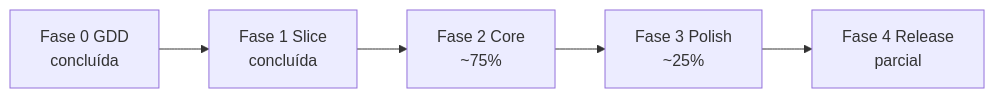
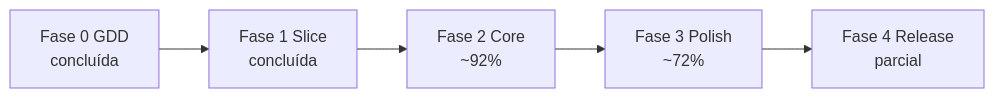
One commit to lochesystem/snaredusk changed the diagram in docs/ROADMAP.md. Above: the diagram before and after it, drawn with Mermaid. The commit also changed other lines of this file and 4 other files, not shown here.

````diff
--- a/docs/ROADMAP.md
+++ b/docs/ROADMAP.md
@@ -9,7 +9,7 @@
 ```mermaid
 flowchart LR
   f0["Fase 0 GDD\nconcluída"] --> f1["Fase 1 Slice\nconcluída"]
-  f1 --> f2["Fase 2 Core\n~75%"]
-  f2 --> f3["Fase 3 Polish\n~25%"]
+  f1 --> f2["Fase 2 Core\n~92%"]
+  f2 --> f3["Fase 3 Polish\n~72%"]
   f3 --> f4["Fase 4 Release\nparcial"]
 ```
````
